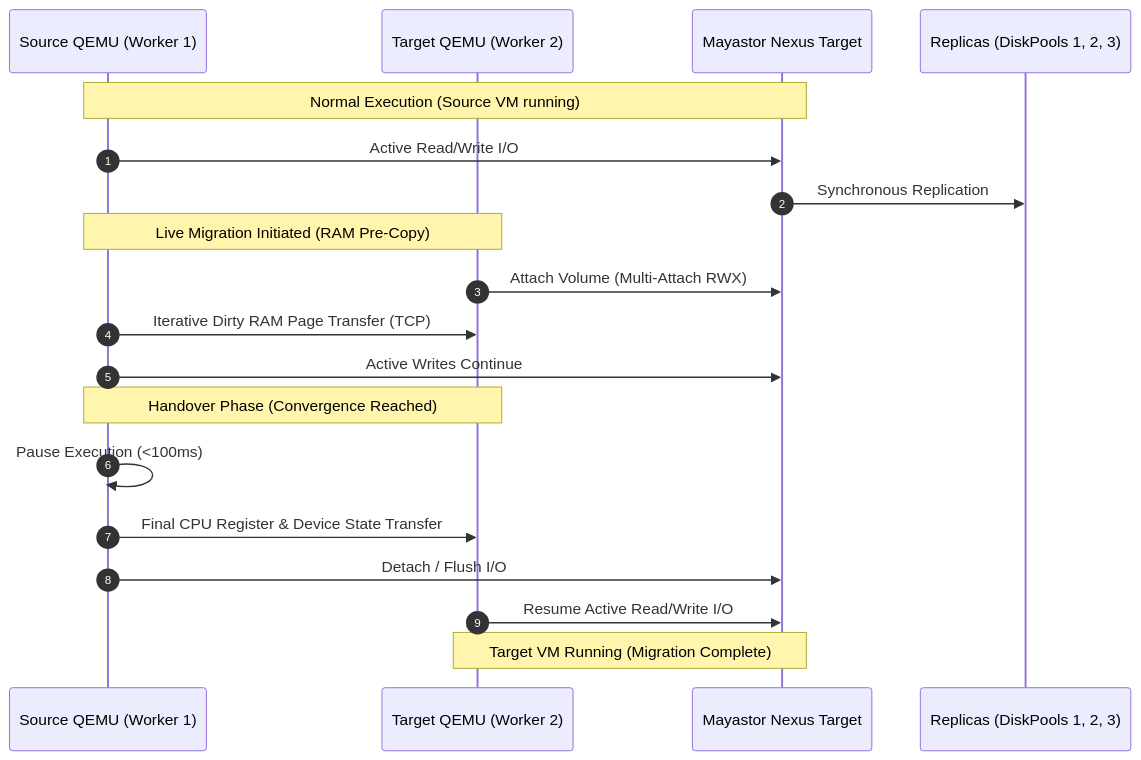
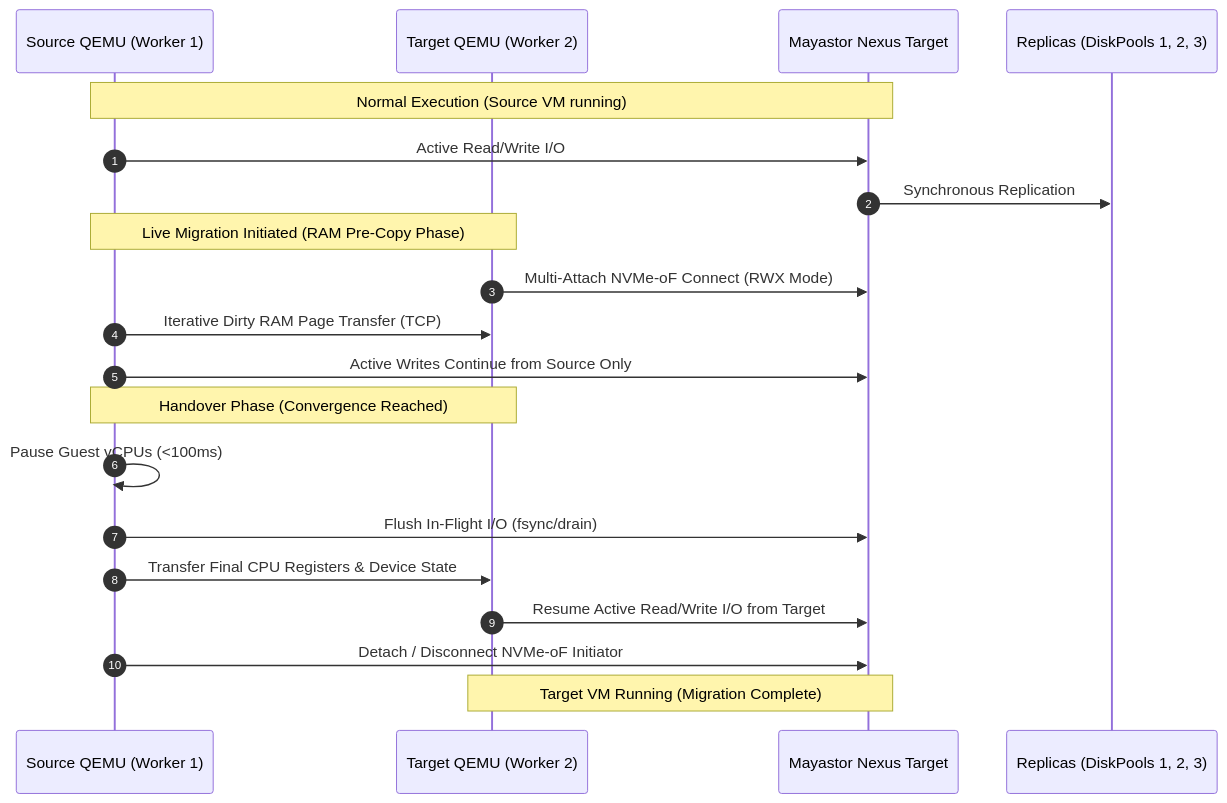
One commit to Swapnil220705/k8s-high-performance-storage changed the third of 4 diagrams in docs/storage-architecture-analysis.md. Above: the diagram before and after it, drawn with Mermaid. The commit also changed other lines of this file, not shown here.

Commit message:
docs: specify replica rebuild semantics and rwx migration test plan

````diff
--- a/docs/storage-architecture-analysis.md
+++ b/docs/storage-architecture-analysis.md
@@ -74,24 +121,25 @@
 ```mermaid
 sequenceDiagram
     autonumber
     participant SrcQEMU as Source QEMU (Worker 1)
     participant TgtQEMU as Target QEMU (Worker 2)
     participant MayastorNexus as Mayastor Nexus Target
     participant RepPools as Replicas (DiskPools 1, 2, 3)
 
     Note over SrcQEMU,MayastorNexus: Normal Execution (Source VM running)
     SrcQEMU->>MayastorNexus: Active Read/Write I/O
     MayastorNexus->>RepPools: Synchronous Replication
 
-    Note over SrcQEMU,TgtQEMU: Live Migration Initiated (RAM Pre-Copy)
-    TgtQEMU->>MayastorNexus: Attach Volume (Multi-Attach RWX)
+    Note over SrcQEMU,TgtQEMU: Live Migration Initiated (RAM Pre-Copy Phase)
+    TgtQEMU->>MayastorNexus: Multi-Attach NVMe-oF Connect (RWX Mode)
     SrcQEMU->>TgtQEMU: Iterative Dirty RAM Page Transfer (TCP)
-    SrcQEMU->>MayastorNexus: Active Writes Continue
+    SrcQEMU->>MayastorNexus: Active Writes Continue from Source Only
 
     Note over SrcQEMU,TgtQEMU: Handover Phase (Convergence Reached)
-    SrcQEMU->>SrcQEMU: Pause Execution (<100ms)
-    SrcQEMU->>TgtQEMU: Final CPU Register & Device State Transfer
-    SrcQEMU->>MayastorNexus: Detach / Flush I/O
-    TgtQEMU->>MayastorNexus: Resume Active Read/Write I/O
+    SrcQEMU->>SrcQEMU: Pause Guest vCPUs (<100ms)
+    SrcQEMU->>MayastorNexus: Flush In-Flight I/O (fsync/drain)
+    SrcQEMU->>TgtQEMU: Transfer Final CPU Registers & Device State
+    TgtQEMU->>MayastorNexus: Resume Active Read/Write I/O from Target
+    SrcQEMU->>MayastorNexus: Detach / Disconnect NVMe-oF Initiator
     Note over TgtQEMU,MayastorNexus: Target VM Running (Migration Complete)
 ```
````
